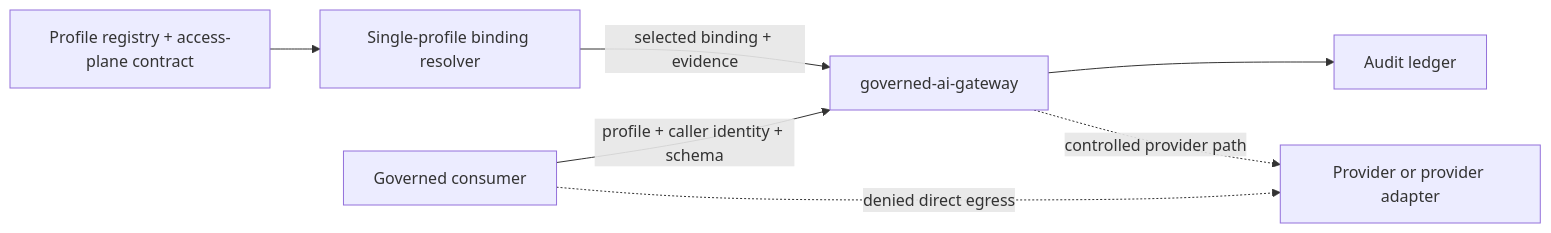
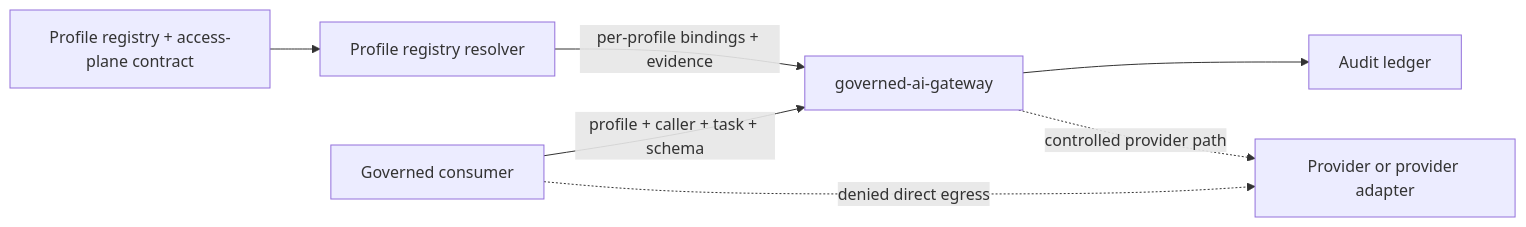
Before and after one commit to mfshaf7/platform-engineering: the diagram in docs/components/governed-ai-gateway/architecture.md, drawn with Mermaid. The commit also changed other lines of this file and 27 other files, not shown here.

````diff
--- a/docs/components/governed-ai-gateway/architecture.md
+++ b/docs/components/governed-ai-gateway/architecture.md
@@ -49,16 +52,16 @@
 ```mermaid
 flowchart LR
     Registry[Profile registry + access-plane contract]
-    Resolver[Single-profile binding resolver]
+    Resolver[Profile registry resolver]
     Consumer[Governed consumer]
     Gateway[governed-ai-gateway]
     Audit[Audit ledger]
     Provider[Provider or provider adapter]
 
     Registry --> Resolver
-    Resolver -->|selected binding + evidence| Gateway
-    Consumer -->|profile + caller identity + schema| Gateway
+    Resolver -->|per-profile bindings + evidence| Gateway
+    Consumer -->|profile + caller + task + schema| Gateway
     Gateway --> Audit
     Gateway -. controlled provider path .-> Provider
     Consumer -. denied direct egress .-> Provider
 ```
````
